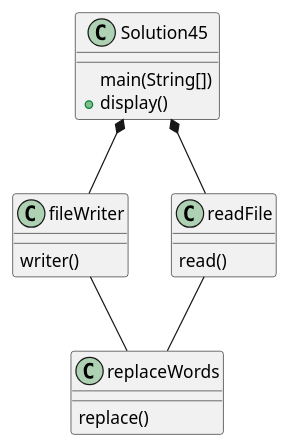
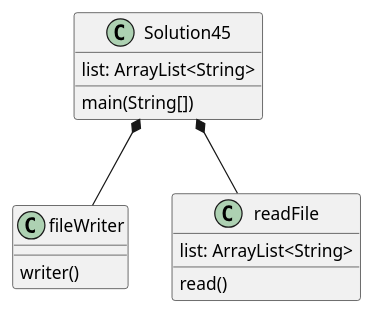
One commit to cachemoney-3000/samontanez-a04 changed the diagram in exercise45/docs/Solution45_ClassDiagram.puml. Above: the diagram before and after it, drawn with PlantUML. The commit also changed 16 other files, not shown here.

```diff
--- a/exercise45/docs/Solution45_ClassDiagram.puml
+++ b/exercise45/docs/Solution45_ClassDiagram.puml
@@ -1,24 +1,21 @@
 @startuml
 class Solution45 {
     'attributes
+    list: ArrayList<String>
     main(String[])
-    +display()
 }
 
 class fileWriter {
     writer()
 }
 
 class readFile{
+    'attributes
+    list: ArrayList<String>
     read()
 }
 
-class replaceWords{
-    replace()
-}
 
 Solution45 *-- readFile
 Solution45 *-- fileWriter
-readFile -- replaceWords
-fileWriter -- replaceWords
 @enduml
```
